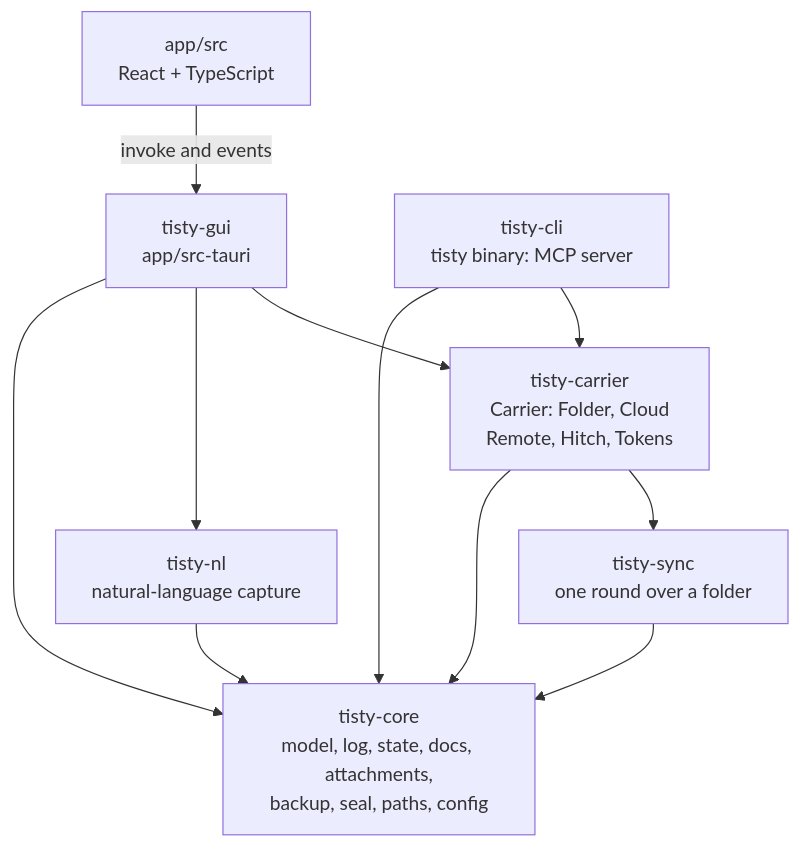
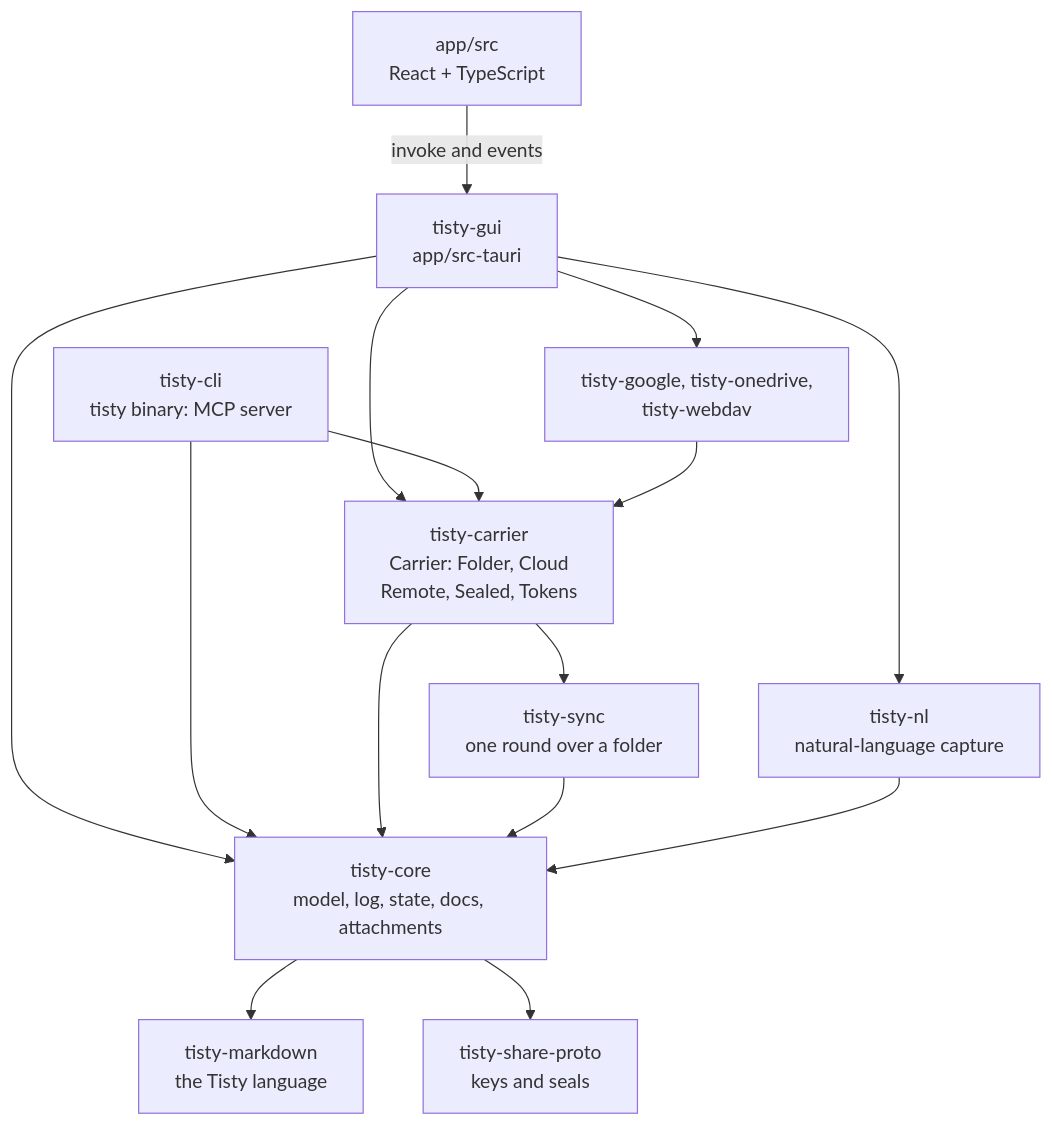
Before and after one commit to rgdevment/Tisty: the first of 5 diagrams in docs/ARCHITECTURE.md, drawn with Mermaid. The commit also changed other lines of this file and 2 other files, not shown here.

First line of the commit message:
docs: slim ARCHITECTURE.md to a map of crates, processes and the rules nothing may break (#407)

````diff
--- a/docs/ARCHITECTURE.md
+++ b/docs/ARCHITECTURE.md
@@ -57,20 +49,27 @@
 ```mermaid
 flowchart TB
   react["app/src<br/>React + TypeScript"]
   gui["tisty-gui<br/>app/src-tauri"]
   cli["tisty-cli<br/>tisty binary: MCP server"]
-  carrier["tisty-carrier<br/>Carrier: Folder, Cloud<br/>Remote, Hitch, Tokens"]
+  providers["tisty-google, tisty-onedrive,<br/>tisty-webdav"]
+  carrier["tisty-carrier<br/>Carrier: Folder, Cloud<br/>Remote, Sealed, Tokens"]
   sync["tisty-sync<br/>one round over a folder"]
   nl["tisty-nl<br/>natural-language capture"]
-  core["tisty-core<br/>model, log, state, docs, attachments,<br/>backup, seal, paths, config"]
+  core["tisty-core<br/>model, log, state, docs, attachments"]
+  md["tisty-markdown<br/>the Tisty language"]
+  proto["tisty-share-proto<br/>keys and seals"]
   react -- "invoke and events" --> gui
   gui --> carrier
+  gui --> providers
   gui --> nl
   gui --> core
   cli --> carrier
   cli --> core
+  providers --> carrier
   carrier --> sync
   carrier --> core
   sync --> core
   nl --> core
+  core --> md
+  core --> proto
 ```
````
